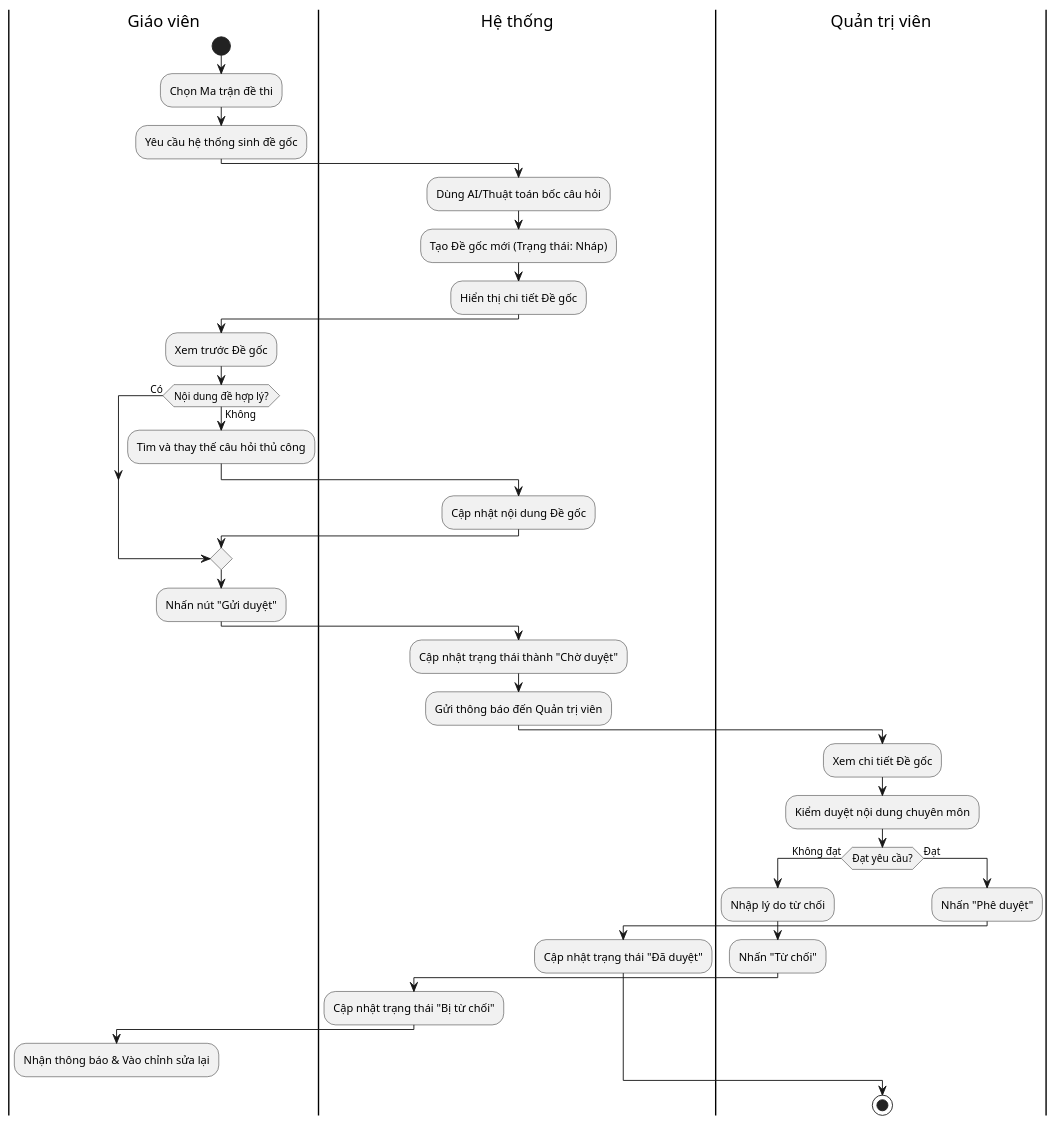
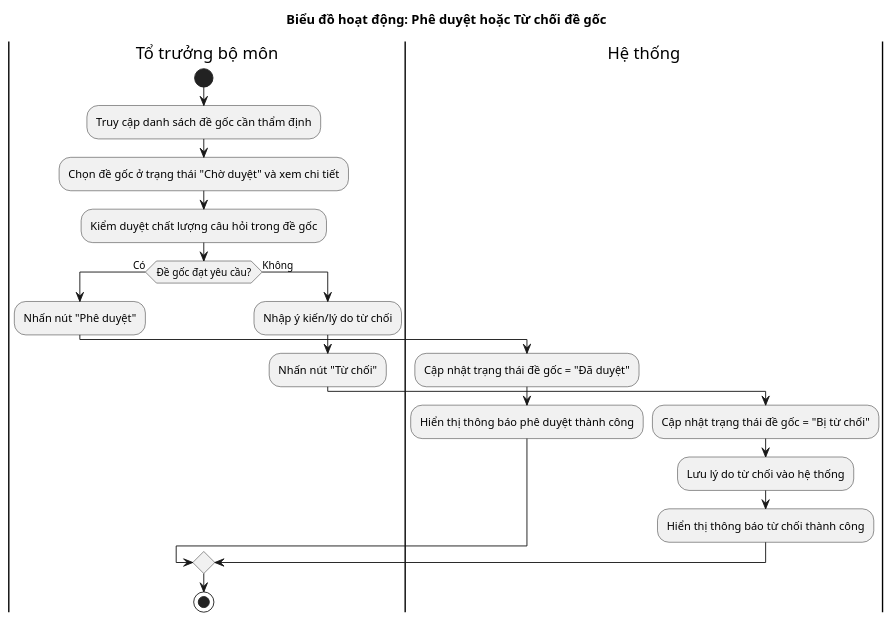
One commit to VuKV03/do-an-tot-nghiep changed the seventh of 9 diagrams in Usecase/quanlydegoc.md. Above: the diagram before and after it, drawn with PlantUML. The commit also changed other lines of this file and 10 other files, not shown here.

````diff
--- a/Usecase/quanlydegoc.md
+++ b/Usecase/quanlydegoc.md
@@ -119,49 +251,29 @@
 ```plantuml
 @startuml
-|Giáo viên|
+title Biểu đồ hoạt động: Phê duyệt hoặc Từ chối đề gốc
+
+|Tổ trưởng bộ môn|
 start
-:Chọn Ma trận đề thi;
-:Yêu cầu hệ thống sinh đề gốc;
+:Truy cập danh sách đề gốc cần thẩm định;
+:Chọn đề gốc ở trạng thái "Chờ duyệt" và xem chi tiết;
+:Kiểm duyệt chất lượng câu hỏi trong đề gốc;
 
-|Hệ thống|
-:Dùng AI/Thuật toán bốc câu hỏi;
-:Tạo Đề gốc mới (Trạng thái: Nháp);
-:Hiển thị chi tiết Đề gốc;
-
-|Giáo viên|
-:Xem trước Đề gốc;
-if (Nội dung đề hợp lý?) then (Không)
-  :Tìm và thay thế câu hỏi thủ công;
+if (Đề gốc đạt yêu cầu?) then (Có)
+  :Nhấn nút "Phê duyệt";
   |Hệ thống|
-  :Cập nhật nội dung Đề gốc;
-  |Giáo viên|
-else (Có)
-endif
-:Nhấn nút "Gửi duyệt";
-
-|Hệ thống|
-:Cập nhật trạng thái thành "Chờ duyệt";
-:Gửi thông báo đến Quản trị viên;
-
-|Quản trị viên|
-:Xem chi tiết Đề gốc;
-:Kiểm duyệt nội dung chuyên môn;
-if (Đạt yêu cầu?) then (Không đạt)
-  :Nhập lý do từ chối;
-  :Nhấn "Từ chối";
+  :Cập nhật trạng thái đề gốc = "Đã duyệt";
+  :Hiển thị thông báo phê duyệt thành công;
+else (Không)
+  |Tổ trưởng bộ môn|
+  :Nhập ý kiến/lý do từ chối;
+  :Nhấn nút "Từ chối";
   |Hệ thống|
-  :Cập nhật trạng thái "Bị từ chối";
-  |Giáo viên|
-  :Nhận thông báo & Vào chỉnh sửa lại;
-  detach
-else (Đạt)
-  |Quản trị viên|
-  :Nhấn "Phê duyệt";
-  |Hệ thống|
-  :Cập nhật trạng thái "Đã duyệt";
+  :Cập nhật trạng thái đề gốc = "Bị từ chối";
+  :Lưu lý do từ chối vào hệ thống;
+  :Hiển thị thông báo từ chối thành công;
 endif
 
-|Quản trị viên|
+|Tổ trưởng bộ môn|
 stop
 @enduml
 ```
````
